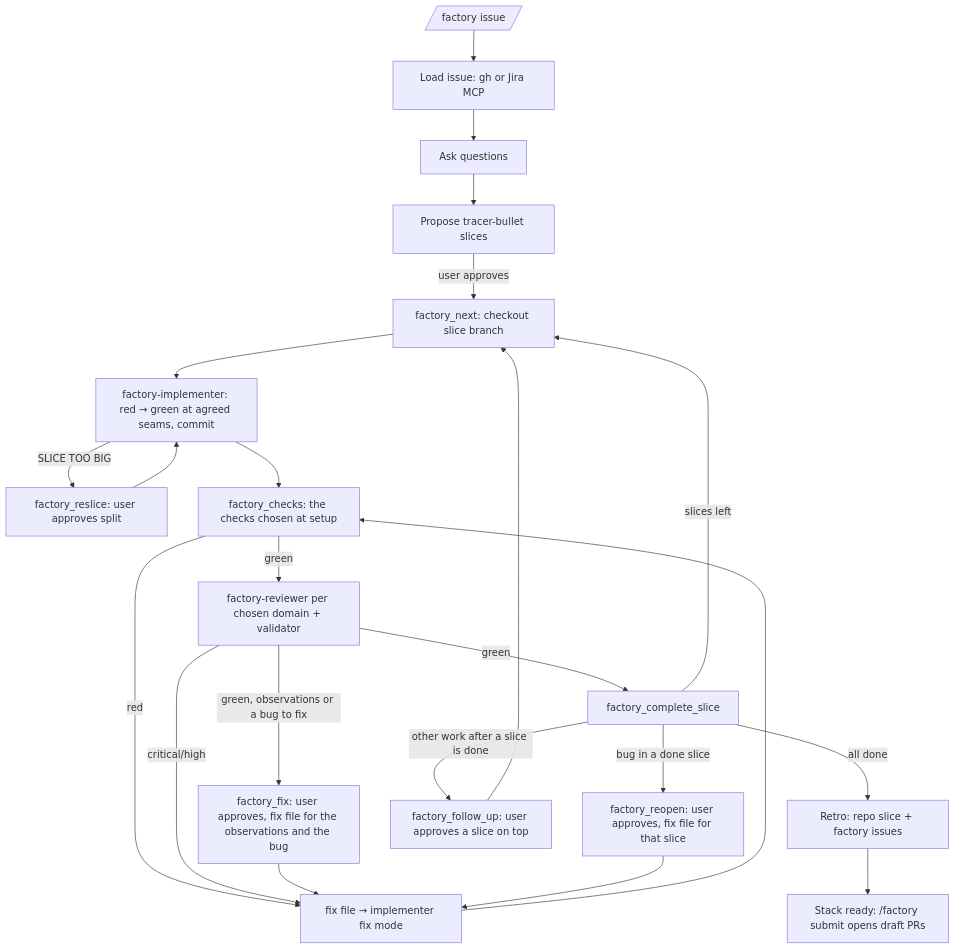
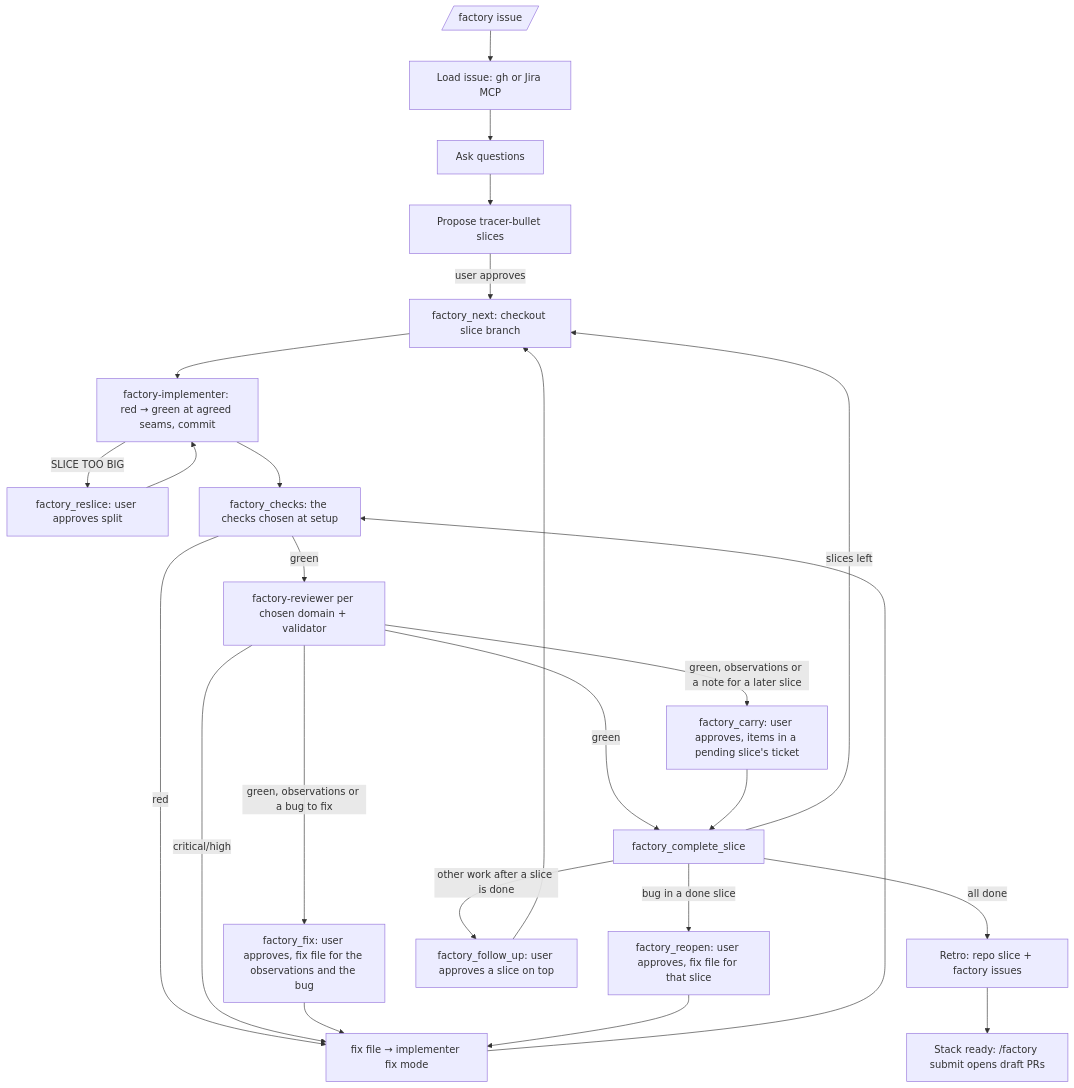
The diagram in README.md (adrianbrowning/software-factory), drawn with Mermaid before and after one commit. The commit also changed other lines of this file and 7 other files, not shown here.

Commit message:
03: carry green-review observations and a note into a pending slice's ticket with factory_carry

````diff
--- a/README.md
+++ b/README.md
@@ -8,25 +8,27 @@
 ```mermaid
 flowchart TD
   A[/factory issue/] --> B[Load issue: gh or Jira MCP]
   B --> C[Ask questions]
   C --> D[Propose tracer-bullet slices]
   D -->|user approves| E[factory_next: checkout slice branch]
   E --> F[factory-implementer: red → green at agreed seams, commit]
   F -->|SLICE TOO BIG| R[factory_reslice: user approves split]
   R --> F
   F --> G[factory_checks: the checks chosen at setup]
   G -->|red| H[fix file → implementer fix mode]
   H --> G
   G -->|green| I[factory-reviewer per chosen domain + validator]
   I -->|critical/high| H
   I -->|green| J[factory_complete_slice]
   I -->|green, observations or a bug to fix| Q[factory_fix: user approves, fix file for the observations and the bug]
   Q --> H
+  I -->|green, observations or a note for a later slice| T[factory_carry: user approves, items in a pending slice's ticket]
+  T --> J
   J -->|slices left| E
   J -->|all done| K[Retro: repo slice + factory issues]
   J -->|bug in a done slice| O[factory_reopen: user approves, fix file for that slice]
   O --> H
   J -->|other work after a slice is done| P[factory_follow_up: user approves a slice on top]
   P --> E
   K --> L[Stack ready: /factory submit opens draft PRs]
 ```
````
